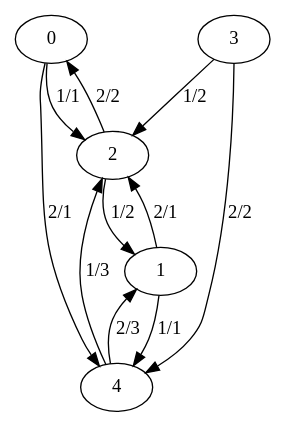
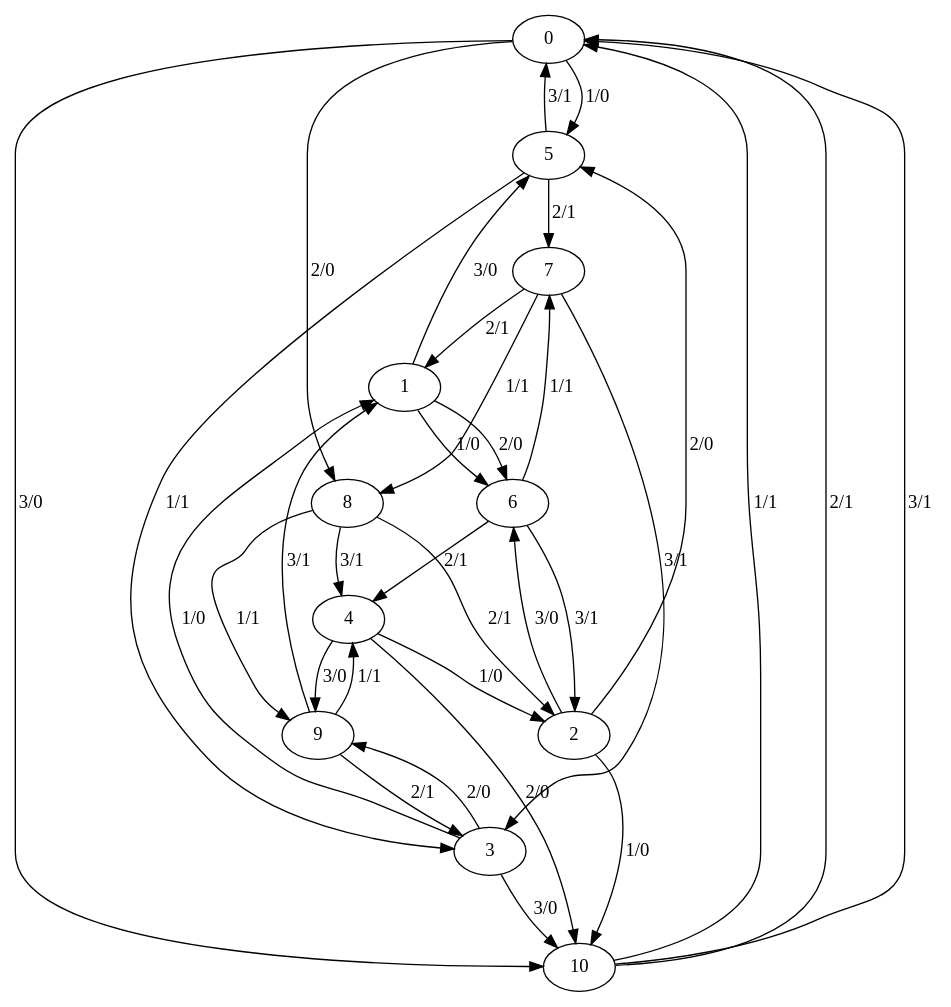
The diagram in MinimizationAutomat/MinimizationAutomat/outMur.dot (islamov-jahja/OOP_Universit), drawn with Graphviz before and after one commit. The commit also changed 24 other files, not shown here.

```diff
--- a/MinimizationAutomat/MinimizationAutomat/outMur.dot
+++ b/MinimizationAutomat/MinimizationAutomat/outMur.dot
@@ -1,17 +1,46 @@
 digraph G {
 0;
 1;
 2;
 3;
 4;
-0->2  [label="1/1", weight="1/1"];
-0->4  [label="2/1", weight="2/1"];
-1->4  [label="1/1", weight="1/1"];
-1->2  [label="2/1", weight="2/1"];
-2->1  [label="1/2", weight="1/2"];
-2->0  [label="2/2", weight="2/2"];
-3->2  [label="1/2", weight="1/2"];
-3->4  [label="2/2", weight="2/2"];
-4->2  [label="1/3", weight="1/3"];
-4->1  [label="2/3", weight="2/3"];
+5;
+6;
+7;
+8;
+9;
+10;
+0->5  [label="1/0", weight="1/0"];
+0->8  [label="2/0", weight="2/0"];
+0->10  [label="3/0", weight="3/0"];
+1->6  [label="1/0", weight="1/0"];
+1->6  [label="2/0", weight="2/0"];
+1->5  [label="3/0", weight="3/0"];
+2->10  [label="1/0", weight="1/0"];
+2->5  [label="2/0", weight="2/0"];
+2->6  [label="3/0", weight="3/0"];
+3->1  [label="1/0", weight="1/0"];
+3->9  [label="2/0", weight="2/0"];
+3->10  [label="3/0", weight="3/0"];
+4->2  [label="1/0", weight="1/0"];
+4->10  [label="2/0", weight="2/0"];
+4->9  [label="3/0", weight="3/0"];
+5->3  [label="1/1", weight="1/1"];
+5->7  [label="2/1", weight="2/1"];
+5->0  [label="3/1", weight="3/1"];
+6->7  [label="1/1", weight="1/1"];
+6->4  [label="2/1", weight="2/1"];
+6->2  [label="3/1", weight="3/1"];
+7->8  [label="1/1", weight="1/1"];
+7->1  [label="2/1", weight="2/1"];
+7->3  [label="3/1", weight="3/1"];
+8->9  [label="1/1", weight="1/1"];
+8->2  [label="2/1", weight="2/1"];
+8->4  [label="3/1", weight="3/1"];
+9->4  [label="1/1", weight="1/1"];
+9->3  [label="2/1", weight="2/1"];
+9->1  [label="3/1", weight="3/1"];
+10->0  [label="1/1", weight="1/1"];
+10->0  [label="2/1", weight="2/1"];
+10->0  [label="3/1", weight="3/1"];
 }
```
